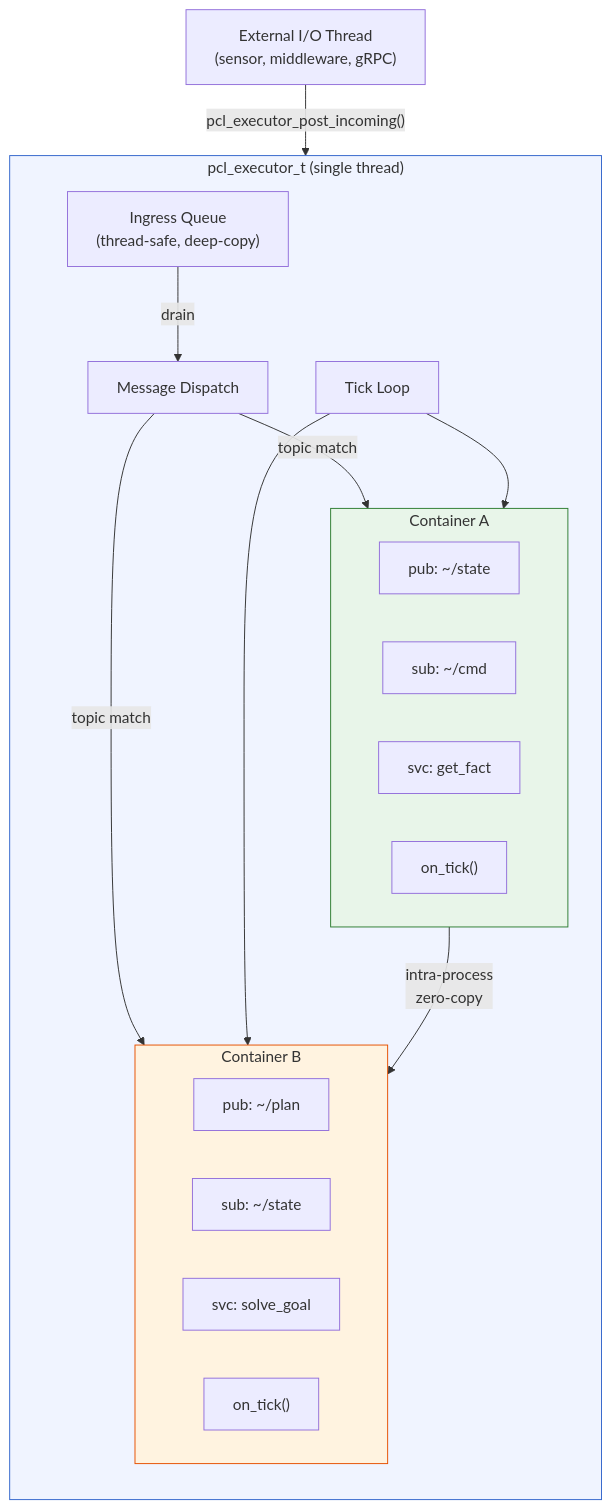
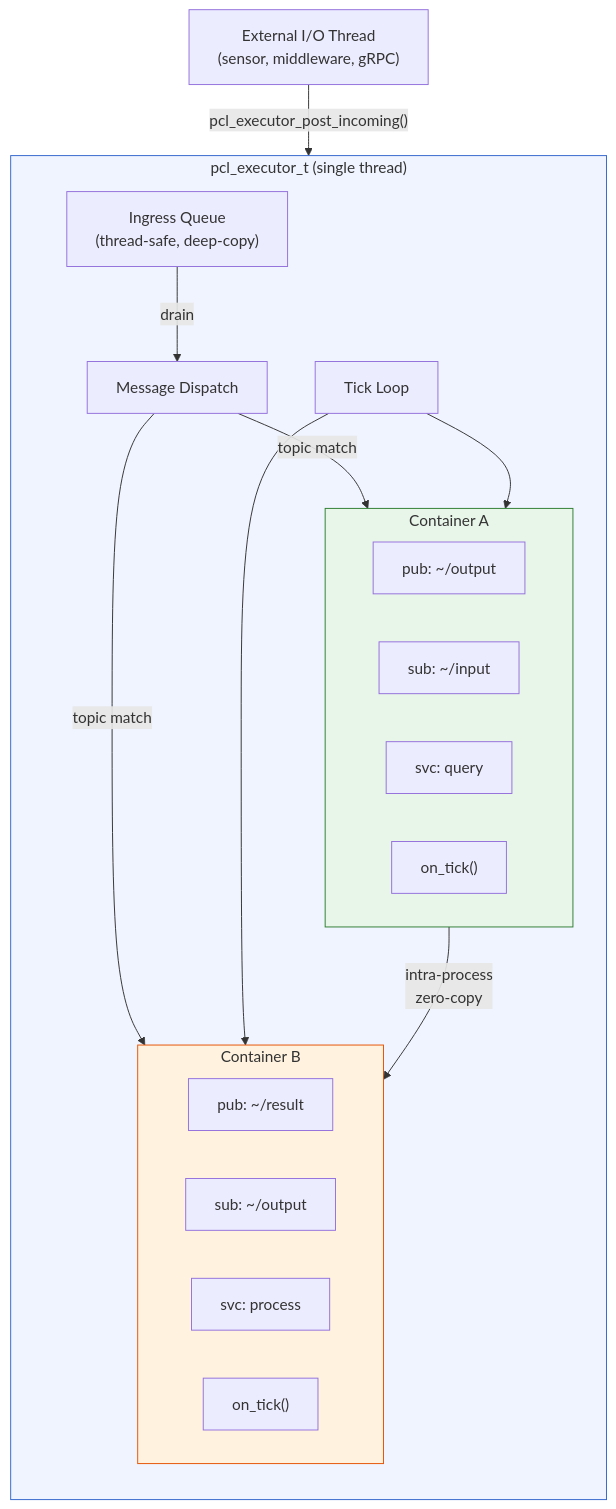
Before and after one commit to Ackoogin/mujin: the second of 11 diagrams in doc/architecture/08-pcl-component-system.md, drawn with Mermaid. The commit also changed other lines of this file and 2 other files, not shown here.

````diff
--- a/doc/architecture/08-pcl-component-system.md
+++ b/doc/architecture/08-pcl-component-system.md
@@ -56,41 +80,41 @@
 ```mermaid
 graph TB
   subgraph Executor["pcl_executor_t (single thread)"]
     direction TB
     IQ["Ingress Queue<br/>(thread-safe, deep-copy)"]
     DISPATCH["Message Dispatch"]
     TICK["Tick Loop"]
 
     IQ -->|"drain"| DISPATCH
 
     subgraph C1["Container A"]
       direction LR
-      PUB1["pub: ~/state"]
-      SUB1["sub: ~/cmd"]
-      SVC1["svc: get_fact"]
+      PUB1["pub: ~/output"]
+      SUB1["sub: ~/input"]
+      SVC1["svc: query"]
       TICK1["on_tick()"]
     end
 
     subgraph C2["Container B"]
       direction LR
-      PUB2["pub: ~/plan"]
-      SUB2["sub: ~/state"]
-      SVC2["svc: solve_goal"]
+      PUB2["pub: ~/result"]
+      SUB2["sub: ~/output"]
+      SVC2["svc: process"]
       TICK2["on_tick()"]
     end
 
     DISPATCH -->|"topic match"| SUB1
     DISPATCH -->|"topic match"| SUB2
     TICK --> TICK1
     TICK --> TICK2
   end
 
   EXT["External I/O Thread<br/>(sensor, middleware, gRPC)"]
   EXT -->|"pcl_executor_post_incoming()"| IQ
 
   PUB1 -->|"intra-process<br/>zero-copy"| SUB2
 
   style Executor fill:#f0f4ff,stroke:#3366cc
   style C1 fill:#e8f5e9,stroke:#2e7d32
   style C2 fill:#fff3e0,stroke:#e65100
 ```
````
